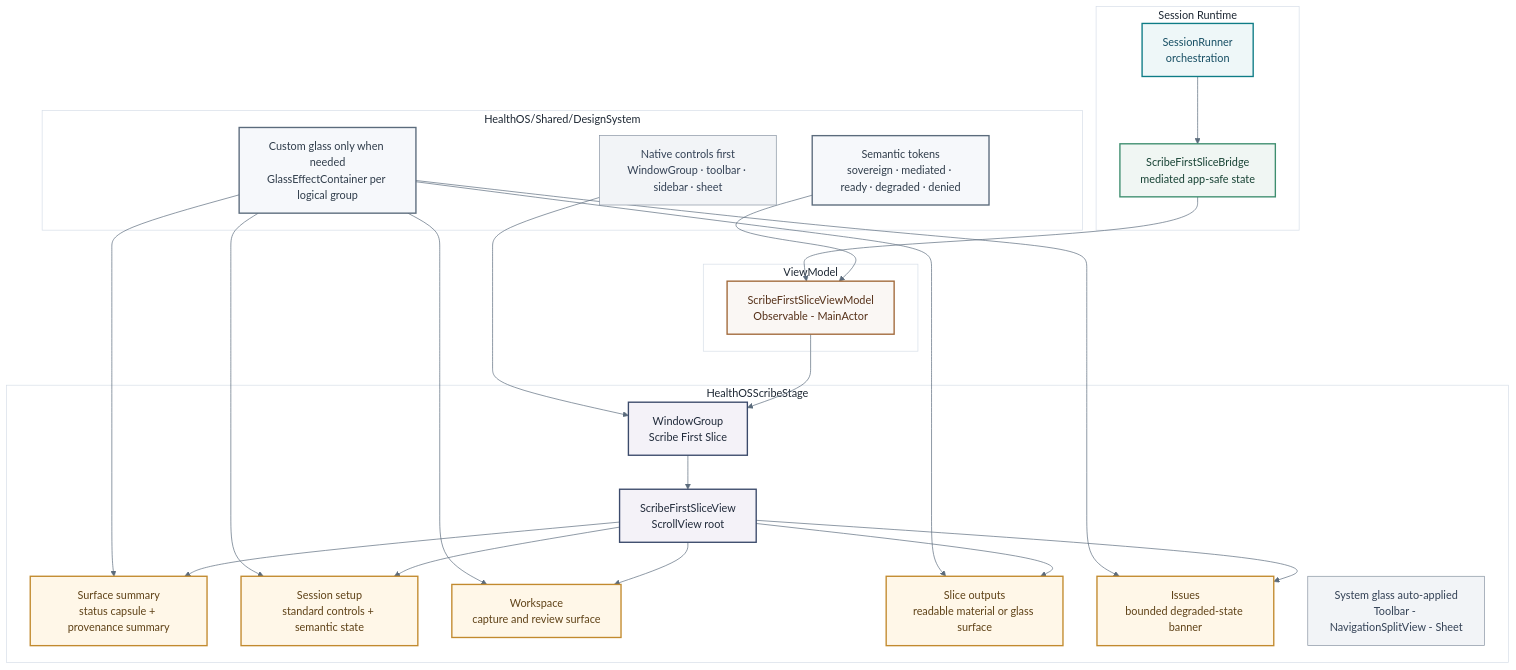
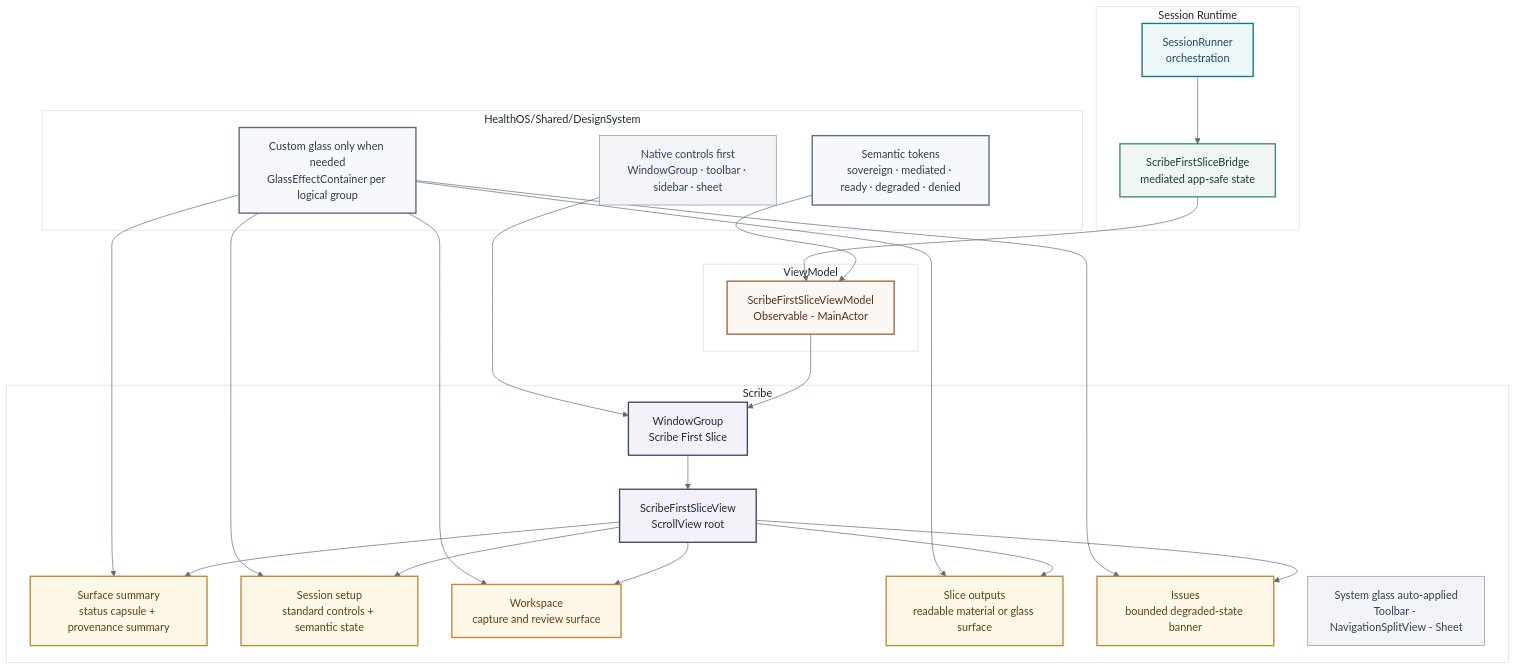
One commit to myselfgus/HealthOScaffold changed the fifth of 12 diagrams in README.md. Above: the diagram before and after it, drawn with Mermaid. The commit also changed other lines of this file and 130 other files, not shown here.

````diff
--- a/README.md
+++ b/README.md
@@ -381,54 +389,54 @@
 ```mermaid
 %%{init: {'theme': 'base', 'themeVariables': {'primaryColor': '#F6F8FB', 'primaryBorderColor': '#D6DEE8', 'primaryTextColor': '#1D2733', 'clusterBkg': '#FFFFFF', 'clusterBorder': '#D6DEE8', 'titleColor': '#1D2733', 'lineColor': '#5B6B7C', 'edgeLabelBackground': '#F6F8FB', 'fontFamily': 'ui-rounded, -apple-system, BlinkMacSystemFont, sans-serif'}}}%%
 graph TD
     classDef runtime fill:#EEF7F8,stroke:#0E7C86,stroke-width:2px,color:#164E63
     classDef bridge  fill:#F0F6F3,stroke:#3E8E6F,stroke-width:2px,color:#174234
     classDef vm      fill:#FAF7F4,stroke:#A1693A,stroke-width:2px,color:#553018
     classDef view    fill:#F4F2F8,stroke:#3B4A6B,stroke-width:2px,color:#202A3A
     classDef design  fill:#F6F8FB,stroke:#5B6B7C,stroke-width:2px,color:#2F3C4A
     classDef state   fill:#FFF7E8,stroke:#C28A2E,stroke-width:2px,color:#5F4217
     classDef sys     fill:#F2F4F7,stroke:#8793A1,stroke-width:1px,color:#334155
 
     subgraph RT["Session Runtime"]
         SRT[SessionRunner\norchestration]:::runtime
         BR[ScribeFirstSliceBridge\nmediated app-safe state]:::bridge
     end
 
     subgraph VM["ViewModel"]
         MVM[ScribeFirstSliceViewModel\nObservable - MainActor]:::vm
     end
 
     subgraph DS["HealthOS/Shared/DesignSystem"]
         TOK[Semantic tokens\nsovereign · mediated · ready · degraded · denied]:::design
         STD[Native controls first\nWindowGroup · toolbar · sidebar · sheet]:::sys
         CUS[Custom glass only when needed\nGlassEffectContainer per logical group]:::design
     end
 
-    subgraph SCRIBEAPP["HealthOSScribeStage"]
+    subgraph SCRIBEAPP["Scribe"]
         APP[WindowGroup\nScribe First Slice]:::view
         ROOT[ScribeFirstSliceView\nScrollView root]:::view
         C1[Surface summary\nstatus capsule + provenance summary]:::state
         C2[Session setup\nstandard controls + semantic state]:::state
         C3[Workspace\ncapture and review surface]:::state
         C4[Slice outputs\nreadable material or glass surface]:::state
         C5[Issues\nbounded degraded-state banner]:::state
         SYSGL[System glass auto-applied\nToolbar - NavigationSplitView - Sheet]:::sys
     end
 
     SRT --> BR
     BR --> MVM
     TOK --> MVM
     STD --> APP
     CUS --> C1
     CUS --> C2
     CUS --> C3
     CUS --> C4
     CUS --> C5
     MVM --> APP
     APP --> ROOT
     ROOT --> C1
     ROOT --> C2
     ROOT --> C3
     ROOT --> C4
     ROOT --> C5
 ```
````
